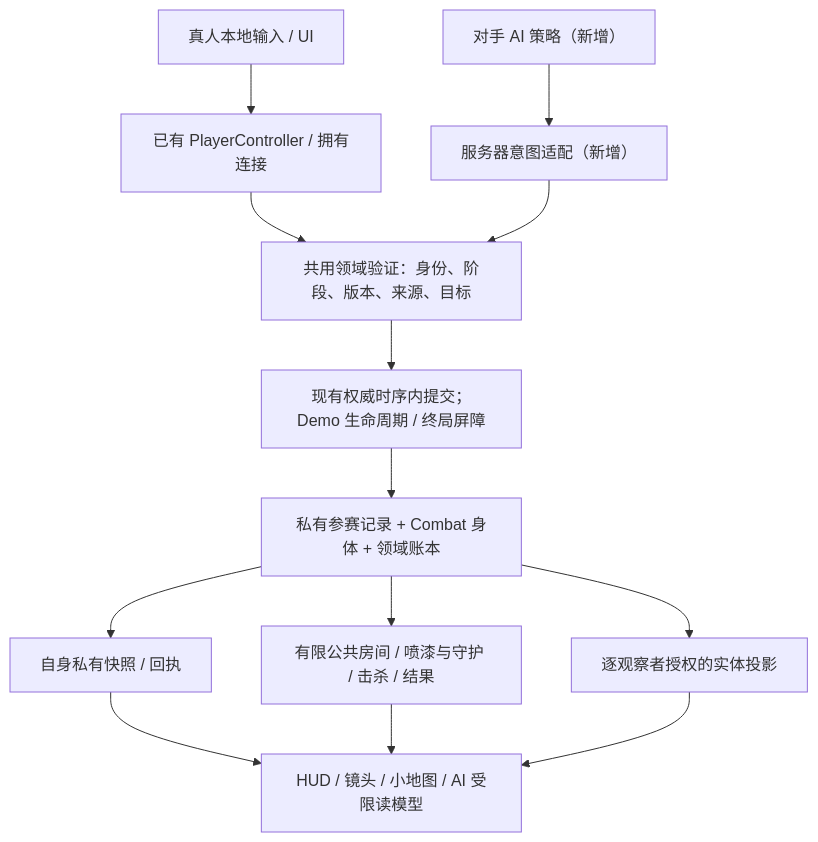
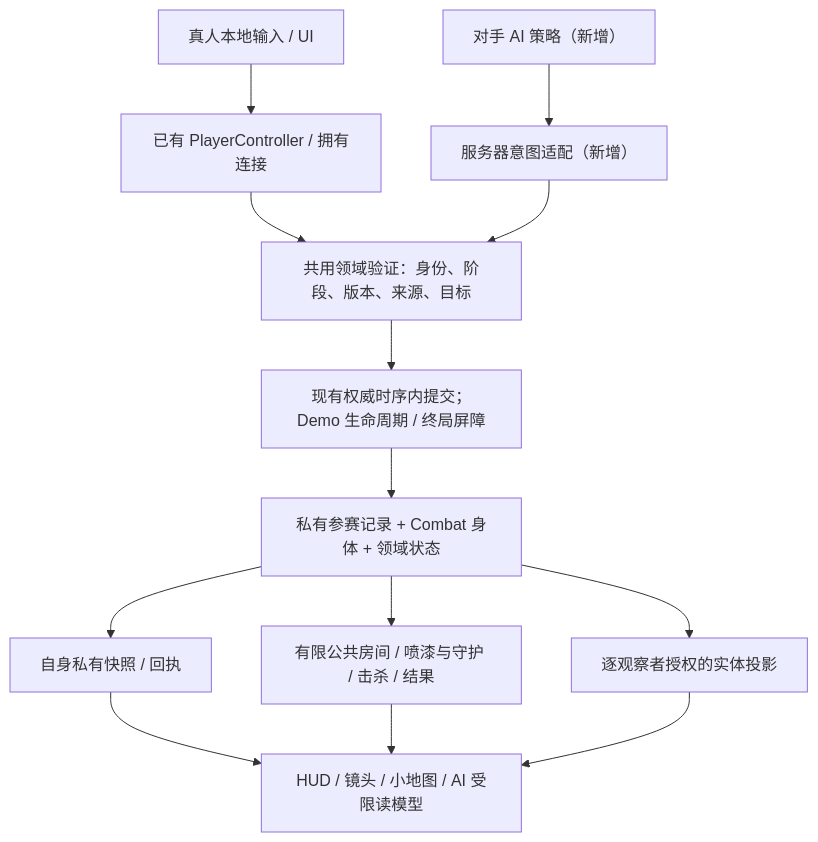
One commit to rlsn/Lockdown-alpha changed the diagram in docs/demo/ARCHITECTURE.md. Above: the diagram before and after it, drawn with Mermaid. The commit also changed other lines of this file and 226 other files, not shown here.

````diff
--- a/docs/demo/ARCHITECTURE.md
+++ b/docs/demo/ARCHITECTURE.md
@@ -178,15 +177,15 @@
 ```mermaid
 flowchart TD
     H["真人本地输入 / UI"] --> P["已有 PlayerController / 拥有连接"]
     A["对手 AI 策略（新增）"] --> I["服务器意图适配（新增）"]
     P --> V["共用领域验证：身份、阶段、版本、来源、目标"]
     I --> V
     V --> S["现有权威时序内提交；Demo 生命周期 / 终局屏障"]
-    S --> D["私有参赛记录 + Combat 身体 + 领域账本"]
+    S --> D["私有参赛记录 + Combat 身体 + 领域状态"]
     D --> O["自身私有快照 / 回执"]
     D --> G["有限公共房间 / 喷漆与守护 / 击杀 / 结果"]
     D --> E["逐观察者授权的实体投影"]
     O --> R["HUD / 镜头 / 小地图 / AI 受限读模型"]
     G --> R
     E --> R
 ```
````
